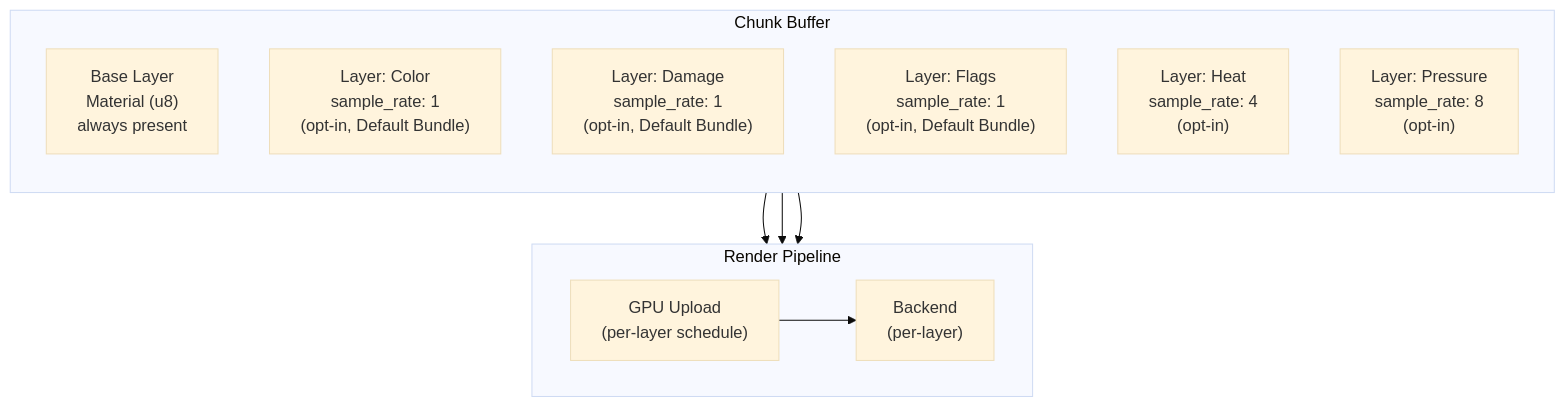
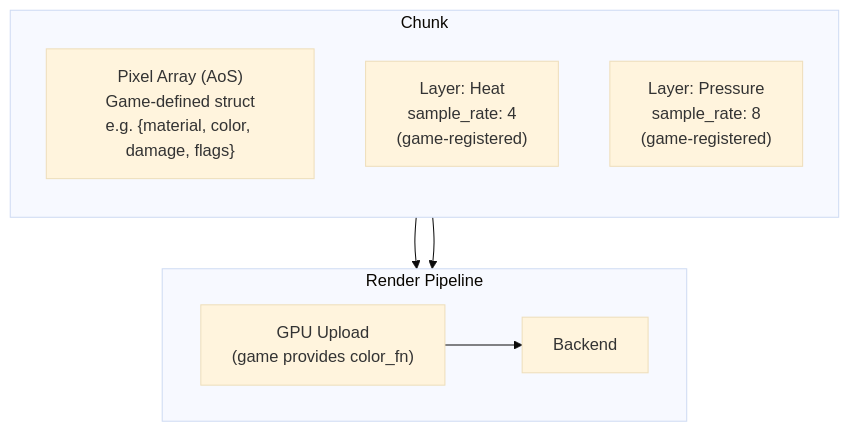
Before and after one commit to api-haus/bevy_pixel_world: the third of 5 diagrams in docs/arhitecture/modularity/pixel-layers.md, drawn with Mermaid (base theme). The commit also changed other lines of this file and 6 other files, not shown here.

````diff
--- a/docs/arhitecture/modularity/pixel-layers.md
+++ b/docs/arhitecture/modularity/pixel-layers.md
@@ -231,23 +212,19 @@
 ```mermaid
 flowchart TB
-    subgraph Chunk["Chunk Buffer"]
+    subgraph Chunk["Chunk<GamePixel>"]
         direction TB
-        Base["Base Layer<br/>Material (u8)<br/>always present"]
-        L0["Layer: Color<br/>sample_rate: 1<br/>(opt-in, Default Bundle)"]
-        L1["Layer: Damage<br/>sample_rate: 1<br/>(opt-in, Default Bundle)"]
-        L2["Layer: Flags<br/>sample_rate: 1<br/>(opt-in, Default Bundle)"]
-        L3["Layer: Heat<br/>sample_rate: 4<br/>(opt-in)"]
-        L4["Layer: Pressure<br/>sample_rate: 8<br/>(opt-in)"]
+        Pixels["Pixel Array (AoS)<br/>Game-defined struct<br/>e.g. {material, color, damage, flags}"]
+        L1["Layer: Heat<br/>sample_rate: 4<br/>(game-registered)"]
+        L2["Layer: Pressure<br/>sample_rate: 8<br/>(game-registered)"]
     end
 
     subgraph Render["Render Pipeline"]
         direction LR
-        R1["GPU Upload<br/>(per-layer schedule)"]
-        R2["Backend<br/>(per-layer)"]
+        R1["GPU Upload<br/>(game provides color_fn)"]
+        R2["Backend"]
     end
 
-    L0 --> R1
-    L3 --> R1
-    L4 --> R1
+    Pixels --> R1
+    L1 --> R1
     R1 --> R2
 ```
````
